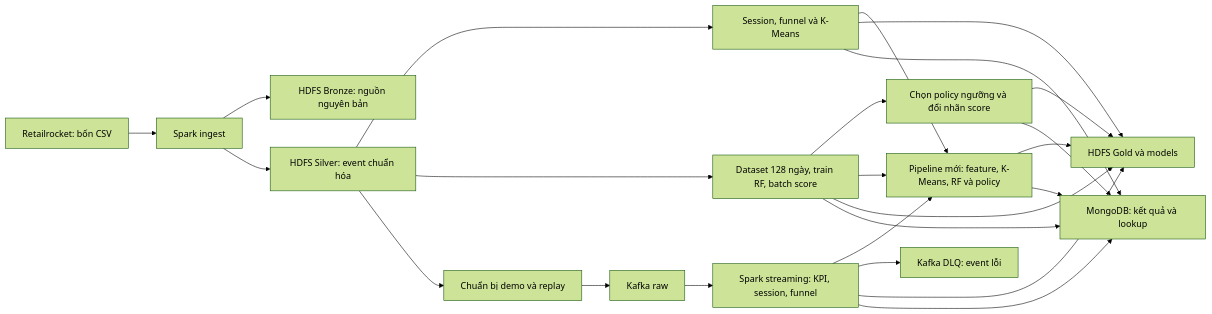
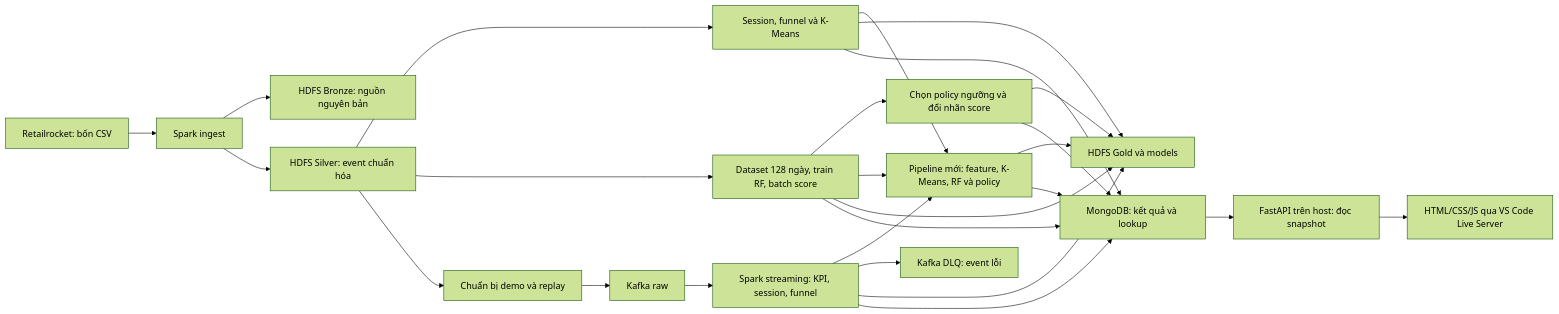
The diagram in docs/GETTING_STARTED.md (quangnhathung/E-commerce-User-Behavior-Analytics-Platform), drawn with Mermaid (forest theme) before and after one commit. The commit also changed other lines of this file and 8 other files, not shown here.

First line of the commit message:
docs: add web user guide and live acceptance notes

````diff
--- a/docs/GETTING_STARTED.md
+++ b/docs/GETTING_STARTED.md
@@ -36,26 +39,28 @@
 ```mermaid
 flowchart LR
     CSV["Retailrocket: bốn CSV"] --> INGEST["Spark ingest"]
     INGEST --> BRONZE["HDFS Bronze: nguồn nguyên bản"]
     INGEST --> SILVER["HDFS Silver: event chuẩn hóa"]
     SILVER --> HISTORY["Session, funnel và K-Means"]
     SILVER --> RF["Dataset 128 ngày, train RF, batch score"]
     RF --> POLICY["Chọn policy ngưỡng và đổi nhãn score"]
     SILVER --> REPLAY["Chuẩn bị demo và replay"]
     REPLAY --> KAFKA["Kafka raw"]
     KAFKA --> STREAM["Spark streaming: KPI, session, funnel"]
     STREAM --> LIVE["Pipeline mới: feature, K-Means, RF và policy"]
     RF --> LIVE
     HISTORY --> LIVE
     STREAM --> DLQ["Kafka DLQ: event lỗi"]
     HISTORY --> GOLD["HDFS Gold và models"]
     RF --> GOLD
     POLICY --> GOLD
     STREAM --> GOLD
     LIVE --> GOLD
     HISTORY --> MONGO["MongoDB: kết quả và lookup"]
     RF --> MONGO
     POLICY --> MONGO
     STREAM --> MONGO
     LIVE --> MONGO
+    MONGO --> API["FastAPI trên host: đọc snapshot"]
+    API --> WEB["HTML/CSS/JS qua VS Code Live Server"]
 ```
````
